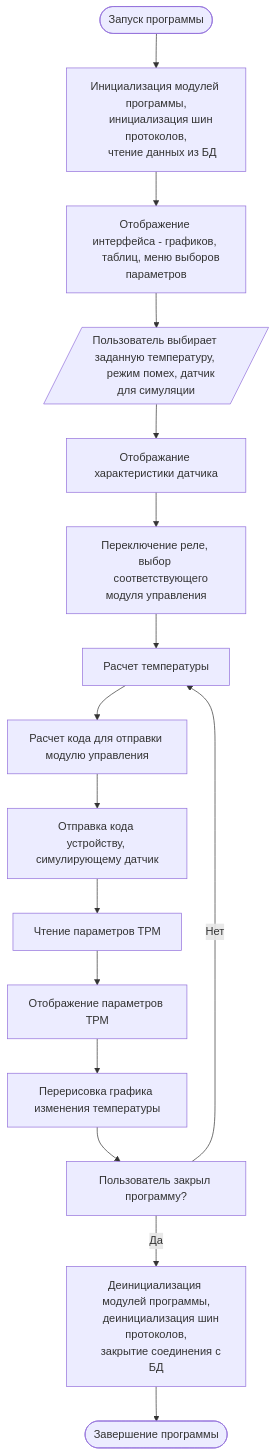
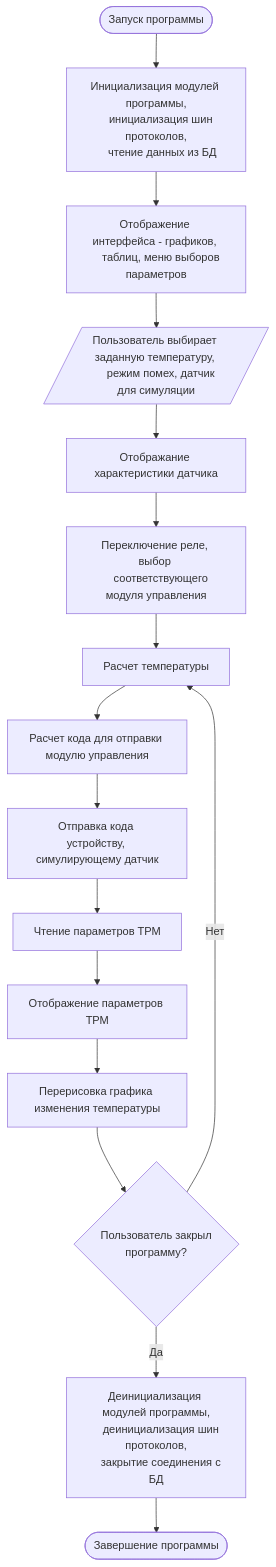
Before and after one commit to Marik28/dissertation: the diagram in data/diagrams/алгоритм упрощенный.md, drawn with Mermaid. The commit also changed 1 other file, not shown here.

Commit message:
describe solver

````diff
--- a/data/diagrams/алгоритм упрощенный.md
+++ b/data/diagrams/алгоритм упрощенный.md
@@ -3,28 +3,27 @@
 ```mermaid
 flowchart
     Start(["Запуск программы"]) --> A
     A["Инициализация модулей программы,
     инициализация шин протоколов,
     чтение данных из БД"] --> B1
     B1["Отображение интерфейса - графиков, 
     таблиц, меню выборов параметров"] --> B2 
     B2[/"Пользователь выбирает заданную температуру, 
     режим помех, датчик для симуляции"/] --> C
     C["Отображание характеристики датчика"] --> D
     D["Переключение реле, выбор 
     соответствующего модуля управления"] --> E
     E["Расчет температуры"] --> F
     F["Расчет кода для отправки модулю управления"]  --> G
     G["Отправка кода устройству, симулирующему датчик"] --> H
     H["Чтение параметров ТРМ"] --> I
     I["Отображение параметров ТРМ"] --> J
     J["Перерисовка графика изменения температуры"] --> K
-    K["Пользователь закрыл программу?"] -->|"Нет"| E
+    K{"Пользователь закрыл 
+    программу?"} -->|"Нет"| E
     K -->|"Да"| Z     
-        
     Z["Деинициализация модулей программы,
     деинициализация шин протоколов,
     закрытие соединения с БД"] --> End
-    
     End(["Завершение программы"])
 ```
````
